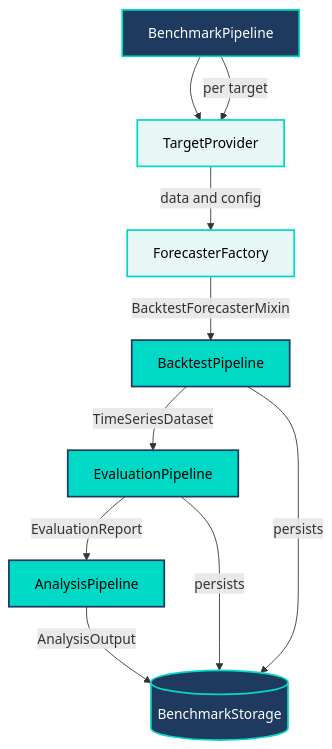
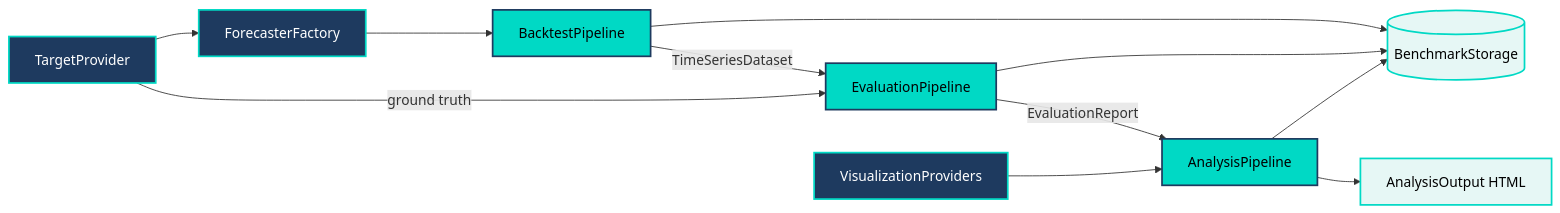
The diagram in docs/source/diagrams/user_guide/concepts/beam_diagram_1.mmd (OpenSTEF/openstef), drawn with Mermaid before and after one commit. The commit also changed 7 other files, not shown here.

Commit message:
docs: add generated Mermaid diagrams for release release/v4.0.0

```diff
--- a/docs/source/diagrams/user_guide/concepts/beam_diagram_1.mmd
+++ b/docs/source/diagrams/user_guide/concepts/beam_diagram_1.mmd
@@ -1,19 +1,17 @@
-graph TD
-    A[BenchmarkPipeline] --> B[TargetProvider]
-    B -->|data and config| C[ForecasterFactory]
-    C -->|BacktestForecasterMixin| D[BacktestPipeline]
-    D -->|TimeSeriesDataset| E[EvaluationPipeline]
-    E -->|EvaluationReport| F[AnalysisPipeline]
-    F -->|AnalysisOutput| G[(BenchmarkStorage)]
-    D -->|persists| G
-    E -->|persists| G
-    A -->|per target| B
-
+graph LR
+    TP[TargetProvider] --> FF[ForecasterFactory]
+    FF --> BT[BacktestPipeline]
+    BT -->|TimeSeriesDataset| EV[EvaluationPipeline]
+    EV -->|EvaluationReport| AN[AnalysisPipeline]
+    TP -->|ground truth| EV
+    VP[VisualizationProviders] --> AN
+    BT --> ST[(BenchmarkStorage)]
+    EV --> ST
+    AN --> ST
+    AN --> AO[AnalysisOutput HTML]
     classDef primary fill:#00D9C5,stroke:#1E3A5F,stroke-width:2px,color:#000
     classDef secondary fill:#1E3A5F,stroke:#00D9C5,stroke-width:2px,color:#fff
     classDef accent fill:#e6f7f5,stroke:#00D9C5,stroke-width:2px,color:#000
-
-    class A secondary
-    class B,C accent
-    class D,E,F primary
-    class G secondary
+    class BT,EV,AN primary
+    class TP,FF,VP secondary
+    class ST,AO accent
```
